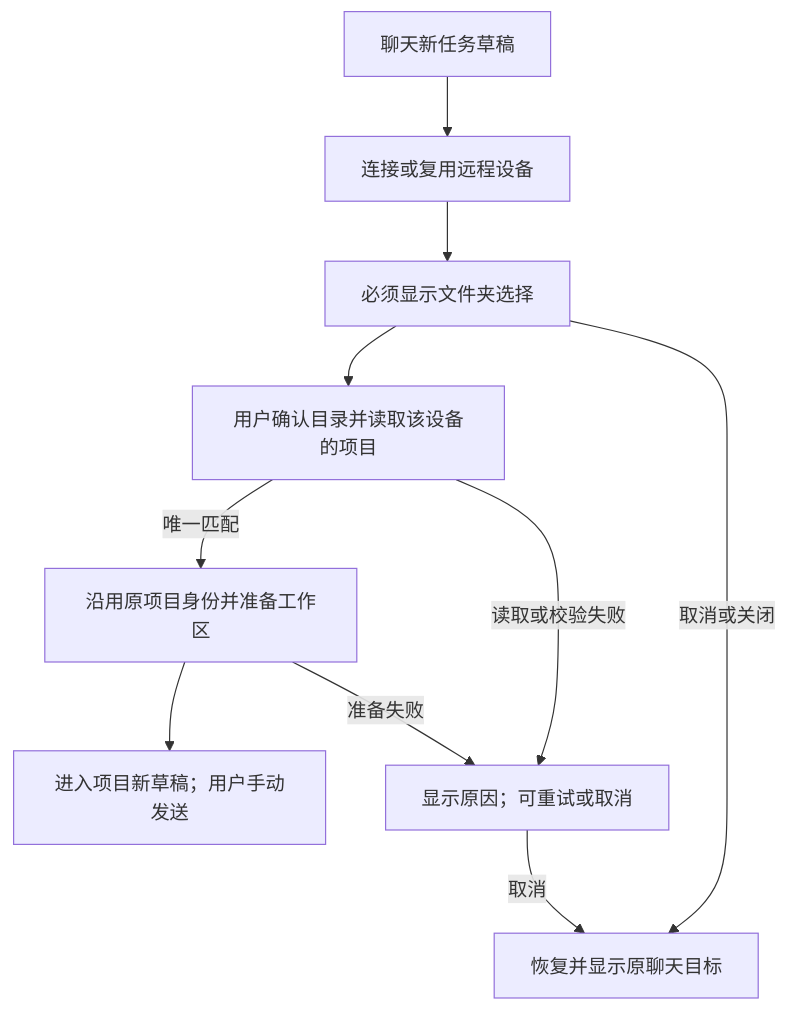
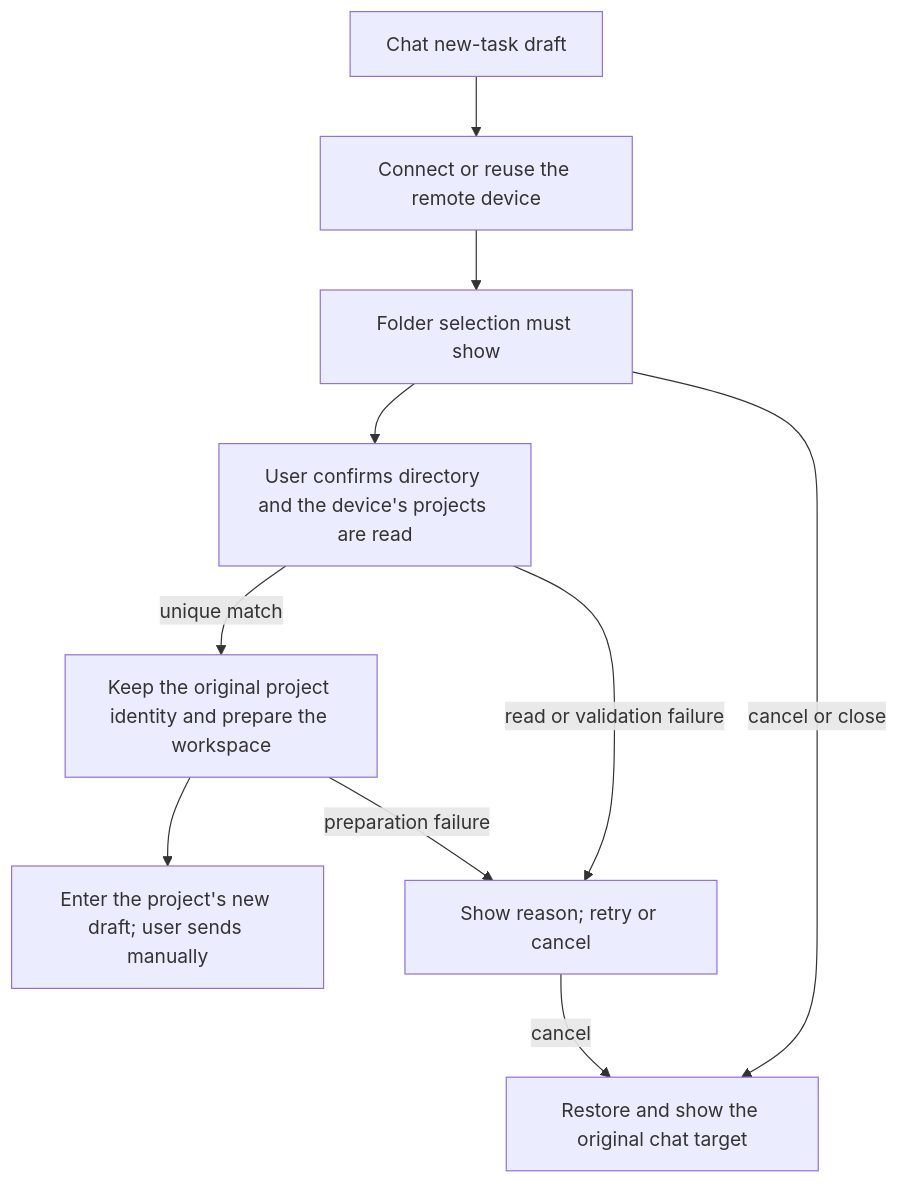
One commit to osben/ZCode changed the diagram in docs/issues/remote-connection-ux/23-chat-remote-folder-existing-project.md. Above: the diagram before and after it, drawn with Mermaid. The commit also changed other lines of this file and 30 other files, not shown here.

````diff
--- a/docs/issues/remote-connection-ux/23-chat-remote-folder-existing-project.md
+++ b/docs/issues/remote-connection-ux/23-chat-remote-folder-existing-project.md
@@ -13,12 +13,12 @@
 ```mermaid
 flowchart TD
-    A[聊天新任务草稿] --> B[连接或复用远程设备]
-    B --> C[必须显示文件夹选择]
-    C --> D[用户确认目录并读取该设备的项目]
-    D -->|唯一匹配| E[沿用原项目身份并准备工作区]
-    E --> F[进入项目新草稿；用户手动发送]
-    C -->|取消或关闭| G[恢复并显示原聊天目标]
-    D -->|读取或校验失败| H[显示原因；可重试或取消]
-    E -->|准备失败| H
-    H -->|取消| G
+    A[Chat new-task draft] --> B[Connect or reuse the remote device]
+    B --> C[Folder selection must show]
+    C --> D[User confirms directory and the device's projects are read]
+    D -->|unique match| E[Keep the original project identity and prepare the workspace]
+    E --> F[Enter the project's new draft; user sends manually]
+    C -->|cancel or close| G[Restore and show the original chat target]
+    D -->|read or validation failure| H[Show reason; retry or cancel]
+    E -->|preparation failure| H
+    H -->|cancel| G
 ```
````
